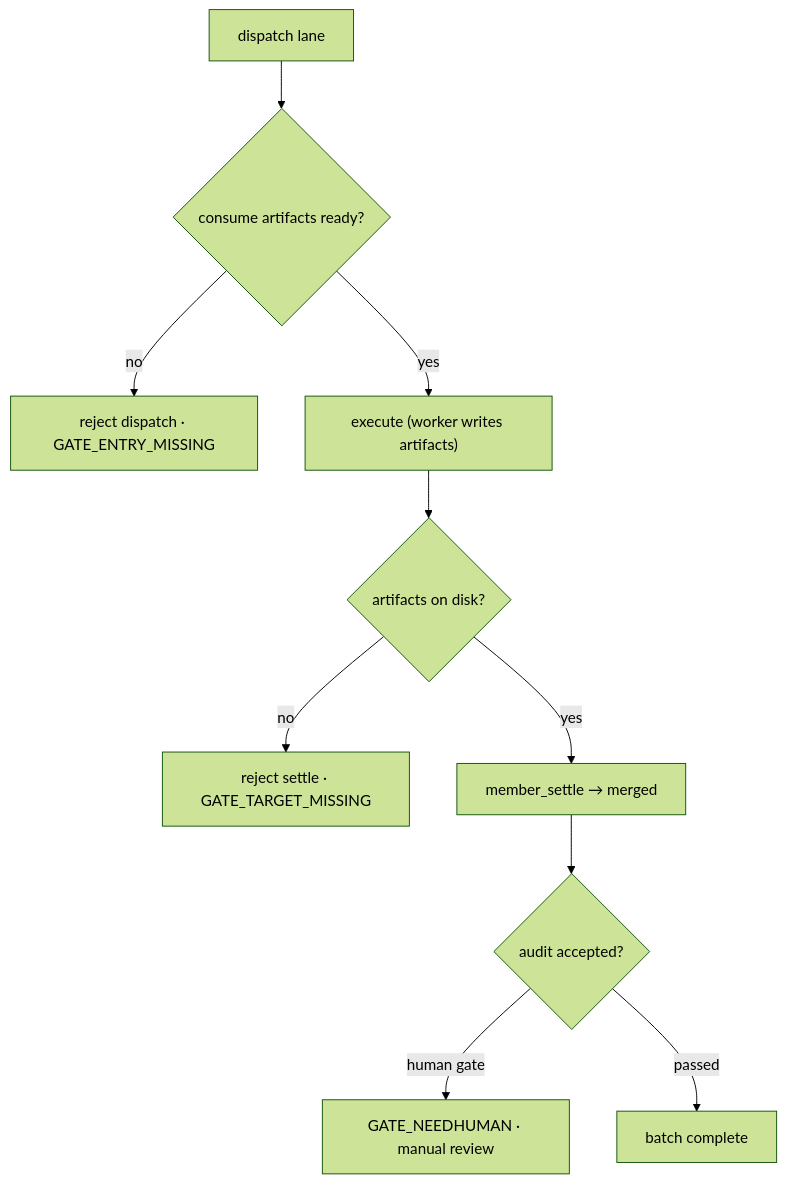
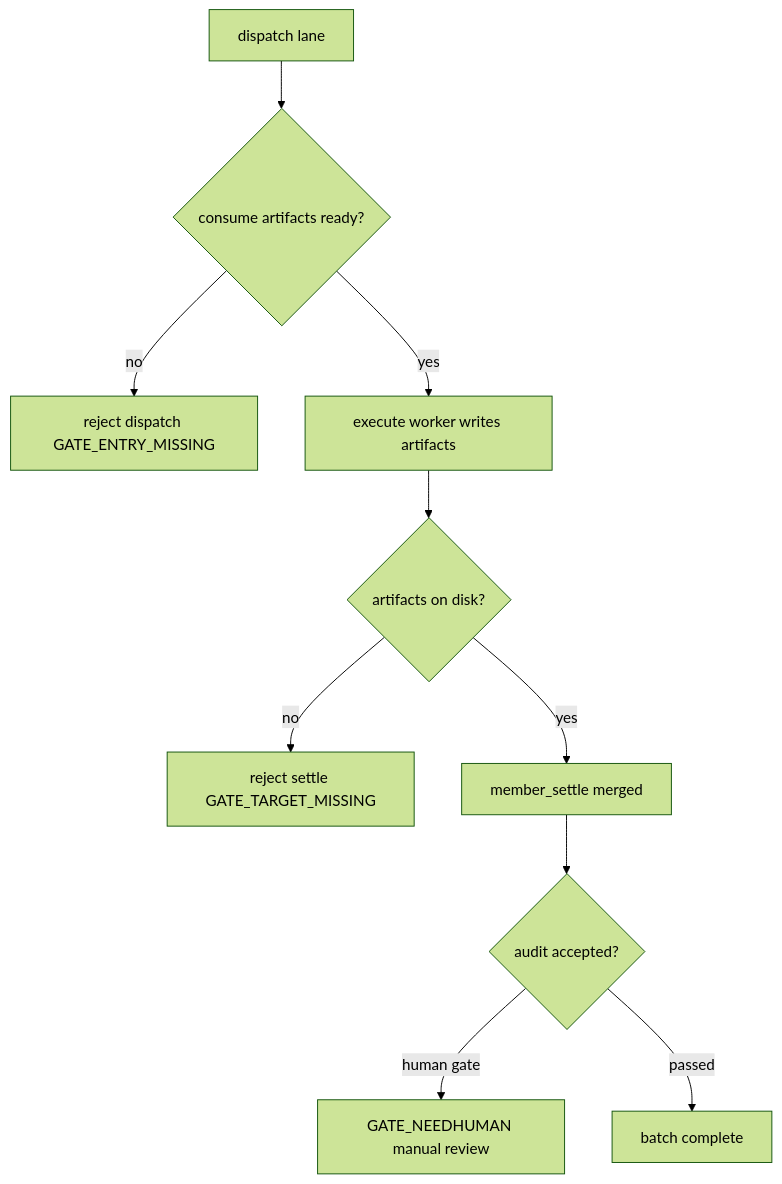
One commit to Punky971210/dsh-punky-swarm changed the second of 3 diagrams in README.en.md. Above: the diagram before and after it, drawn with Mermaid (forest theme). The commit also changed other lines of this file and 4 other files, not shown here.

Commit message:
docs: mermaid syntax compat fix, simplify why section

````diff
--- a/README.en.md
+++ b/README.en.md
@@ -116,12 +116,12 @@
 ```mermaid
 flowchart TD
   S["dispatch lane"] --> D1{"consume artifacts ready?"}
-  D1 -- "no" --> R1["reject dispatch · GATE_ENTRY_MISSING"]
-  D1 -- "yes" --> X["execute (worker writes artifacts)"]
+  D1 -- "no" --> R1["reject dispatch GATE_ENTRY_MISSING"]
+  D1 -- "yes" --> X["execute worker writes artifacts"]
   X --> D2{"artifacts on disk?"}
-  D2 -- "no" --> R2["reject settle · GATE_TARGET_MISSING"]
-  D2 -- "yes" --> C["member_settle → merged"]
+  D2 -- "no" --> R2["reject settle GATE_TARGET_MISSING"]
+  D2 -- "yes" --> C["member_settle merged"]
   C --> D3{"audit accepted?"}
-  D3 -- "human gate" --> R3["GATE_NEEDHUMAN · manual review"]
+  D3 -- "human gate" --> R3["GATE_NEEDHUMAN manual review"]
   D3 -- "passed" --> DONE["batch complete"]
 ```
````
